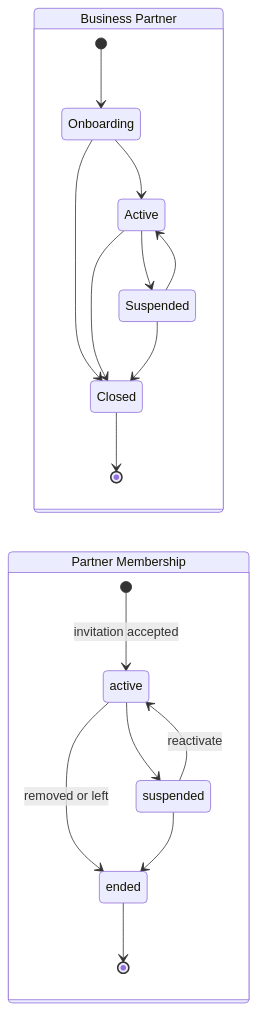
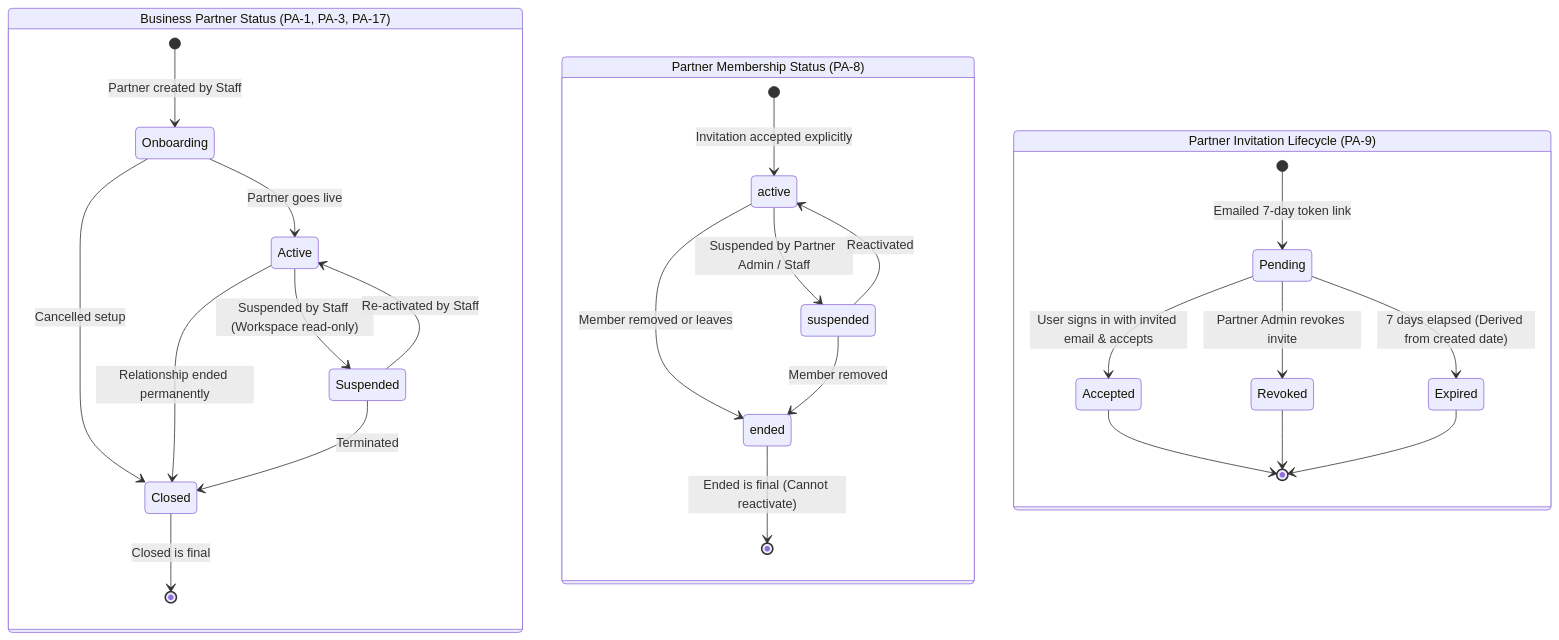
The second of 2 diagrams in docs/business/partners.md (3mrhussein/findeg), drawn with Mermaid before and after one commit. The commit also changed other lines of this file and 11 other files, not shown here.

Commit message:
docs: add enterprise architecture diagrams, sequence flows, system specs, and UI/UX requirements

````diff
--- a/docs/business/partners.md
+++ b/docs/business/partners.md
@@ -96,22 +125,34 @@
 ```mermaid
 stateDiagram-v2
-    direction LR
-    state "Business Partner" as BP {
-        [*] --> Onboarding
-        Onboarding --> Active
-        Active --> Suspended
-        Suspended --> Active
-        Onboarding --> Closed
-        Active --> Closed
-        Suspended --> Closed
-        Closed --> [*]
+    direction TB
+
+    state "Business Partner Status (PA-1, PA-3, PA-17)" as BP {
+        [*] --> Onboarding: Partner created by Staff
+        Onboarding --> Active: Partner goes live
+        Active --> Suspended: Suspended by Staff (Workspace read-only)
+        Suspended --> Active: Re-activated by Staff
+        Onboarding --> Closed: Cancelled setup
+        Active --> Closed: Relationship ended permanently
+        Suspended --> Closed: Terminated
+        Closed --> [*]: Closed is final
     }
-    state "Partner Membership" as PM {
-        [*] --> active: invitation accepted
-        active --> suspended
-        suspended --> active: reactivate
-        active --> ended: removed or left
-        suspended --> ended
-        ended --> [*]
+
+    state "Partner Membership Status (PA-8)" as PM {
+        [*] --> active: Invitation accepted explicitly
+        active --> suspended: Suspended by Partner Admin / Staff
+        suspended --> active: Reactivated
+        active --> ended: Member removed or leaves
+        suspended --> ended: Member removed
+        ended --> [*]: Ended is final (Cannot reactivate)
+    }
+
+    state "Partner Invitation Lifecycle (PA-9)" as PI {
+        [*] --> Pending: Emailed 7-day token link
+        Pending --> Accepted: User signs in with invited email & accepts
+        Pending --> Revoked: Partner Admin revokes invite
+        Pending --> Expired: 7 days elapsed (Derived from created date)
+        Accepted --> [*]
+        Revoked --> [*]
+        Expired --> [*]
     }
 ```
````
